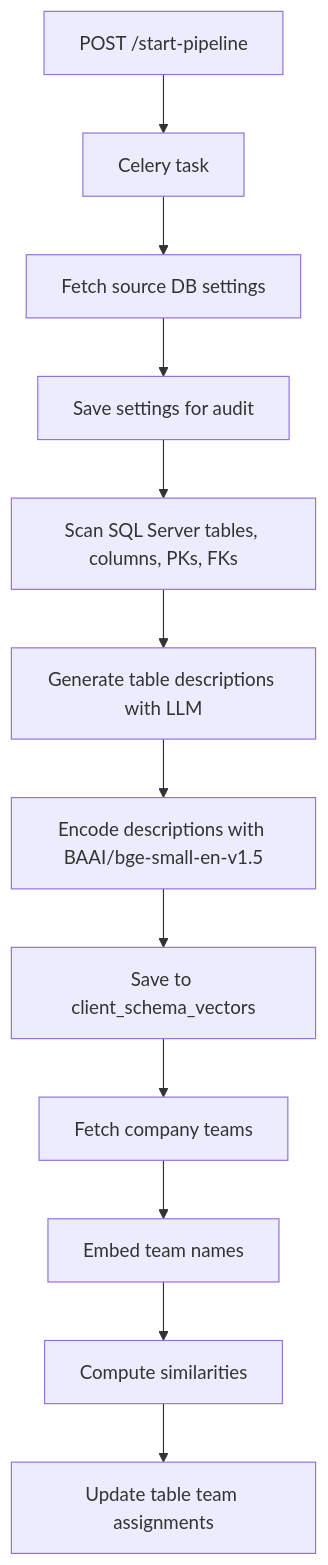
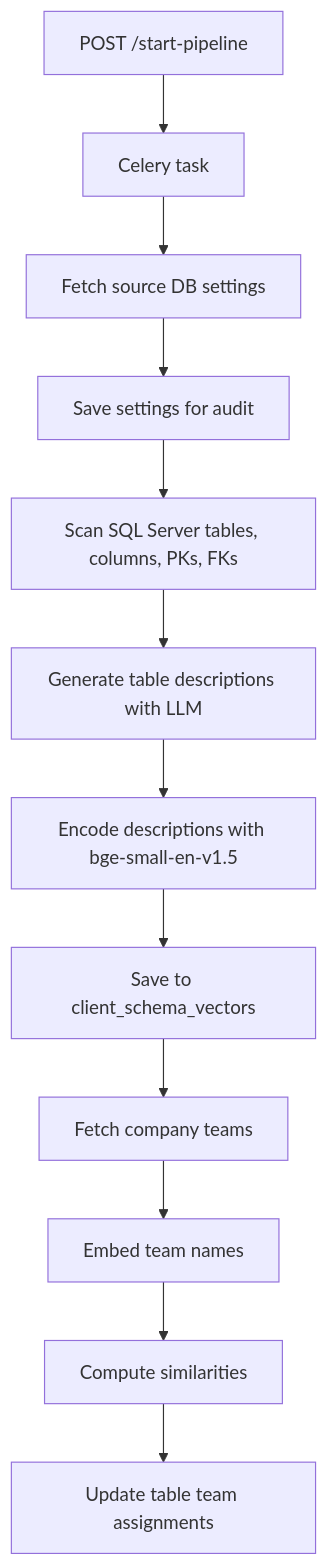
Before and after one commit to RecoMind-Company/RecoMind-AI: the third of 11 diagrams in README.md, drawn with Mermaid. The commit also changed other lines of this file and 12 other files, not shown here.

````diff
--- a/README.md
+++ b/README.md
@@ -168,14 +198,14 @@
 ```mermaid
 flowchart TD
-    A[POST /start-pipeline] --> B[Celery task]
-    B --> C[Fetch source DB settings]
-    C --> D[Save settings for audit]
-    D --> E[Scan SQL Server tables, columns, PKs, FKs]
-    E --> F[Generate table descriptions with LLM]
-    F --> G[Encode descriptions with BAAI/bge-small-en-v1.5]
-    G --> H[Save to client_schema_vectors]
-    H --> I[Fetch company teams]
-    I --> J[Embed team names]
-    J --> K[Compute similarities]
-    K --> L[Update table team assignments]
+    A["POST /start-pipeline"] --> B["Celery task"]
+    B --> C["Fetch source DB settings"]
+    C --> D["Save settings for audit"]
+    D --> E["Scan SQL Server tables, columns, PKs, FKs"]
+    E --> F["Generate table descriptions with LLM"]
+    F --> G["Encode descriptions with bge-small-en-v1.5"]
+    G --> H["Save to client_schema_vectors"]
+    H --> I["Fetch company teams"]
+    I --> J["Embed team names"]
+    J --> K["Compute similarities"]
+    K --> L["Update table team assignments"]
 ```
````
